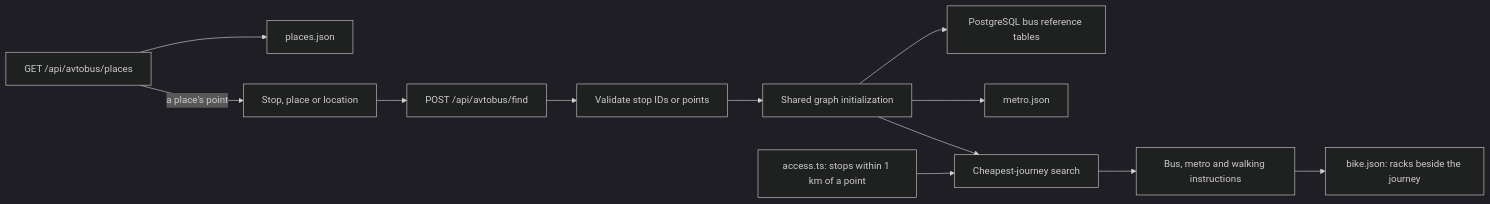
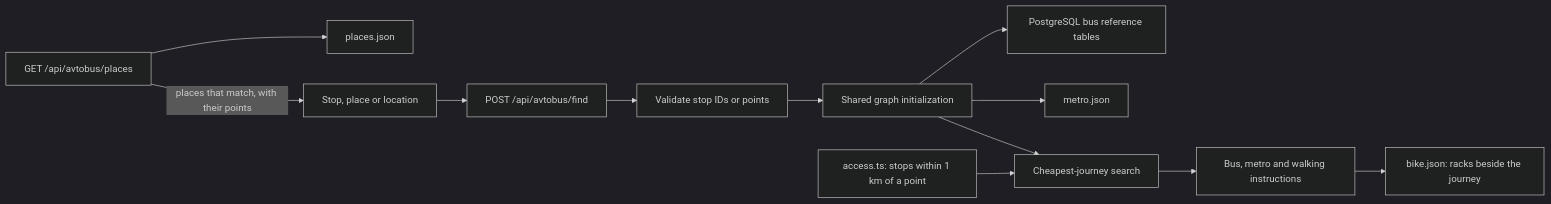
One commit to ismatsamadov/line changed the diagram in earlier/jobloom/birjob/docs/bus-routing.md. Above: the diagram before and after it, drawn with Mermaid (dark theme). The commit also changed other lines of this file, not shown here.

First line of the commit message:
docs(bus): say that nothing caches the place search's answers (#720)

````diff
--- a/earlier/jobloom/birjob/docs/bus-routing.md
+++ b/earlier/jobloom/birjob/docs/bus-routing.md
@@ -14,14 +14,14 @@
 ```mermaid
 flowchart LR
   P[GET /api/avtobus/places] --> Q[places.json]
-  P -->|a place's point| A
+  P -->|places that match, with their points| A
   A[Stop, place or location] --> B[POST /api/avtobus/find]
   B --> C[Validate stop IDs or points]
   C --> D[Shared graph initialization]
   D --> E[PostgreSQL bus reference tables]
   D --> M[metro.json]
   D --> F[Cheapest-journey search]
   W[access.ts: stops within 1 km of a point] --> F
   F --> G[Bus, metro and walking instructions]
   G --> K[bike.json: racks beside the journey]
 ```
````
